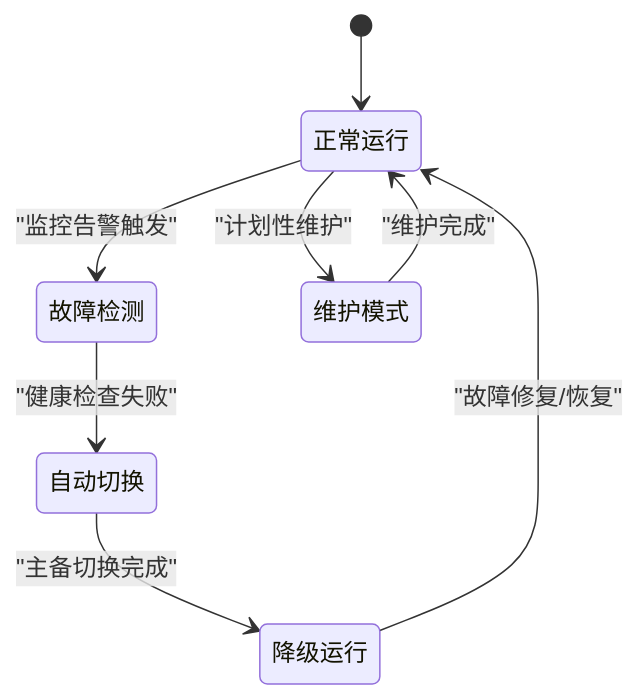
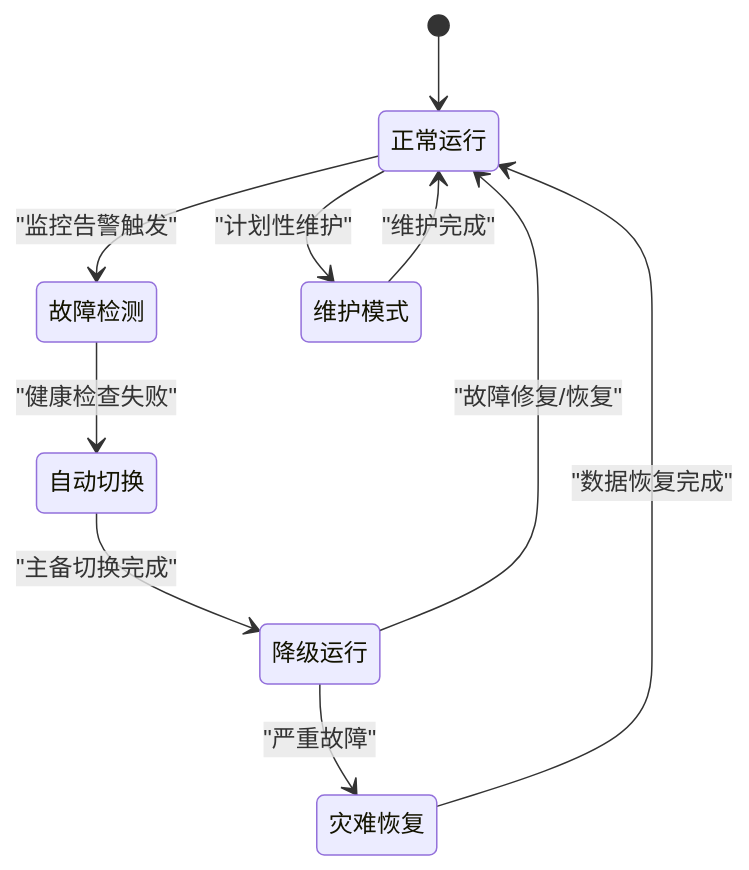
Before and after one commit to allengaller/oran-database: the eighth of 10 diagrams in .qoder/repowiki/zh/content/应用场景/边缘计算集成.md, drawn with Mermaid. The commit also changed other lines of this file and 32 other files, not shown here.

````diff
--- a/.qoder/repowiki/zh/content/应用场景/边缘计算集成.md
+++ b/.qoder/repowiki/zh/content/应用场景/边缘计算集成.md
@@ -271,10 +291,12 @@
 ```mermaid
 stateDiagram-v2
 [*] --> 正常运行
 正常运行 --> 故障检测 : "监控告警触发"
 故障检测 --> 自动切换 : "健康检查失败"
 自动切换 --> 降级运行 : "主备切换完成"
 降级运行 --> 正常运行 : "故障修复/恢复"
 正常运行 --> 维护模式 : "计划性维护"
 维护模式 --> 正常运行 : "维护完成"
+降级运行 --> 灾难恢复 : "严重故障"
+灾难恢复 --> 正常运行 : "数据恢复完成"
 ```
````
